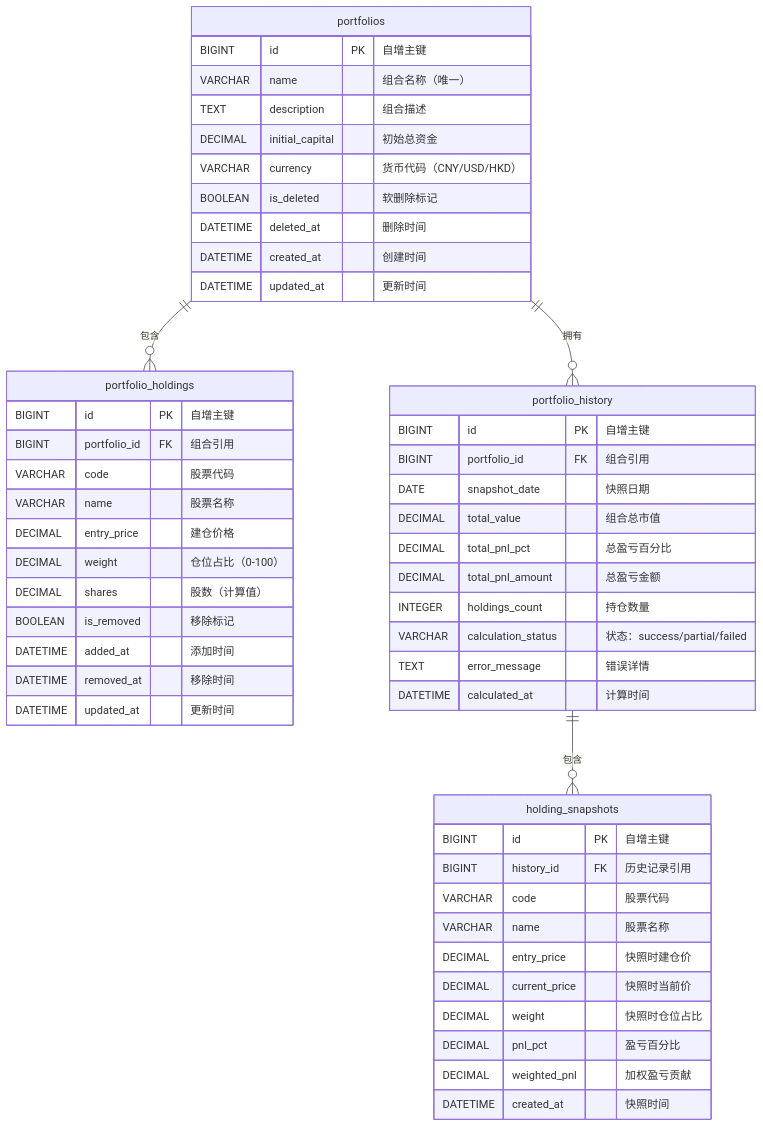
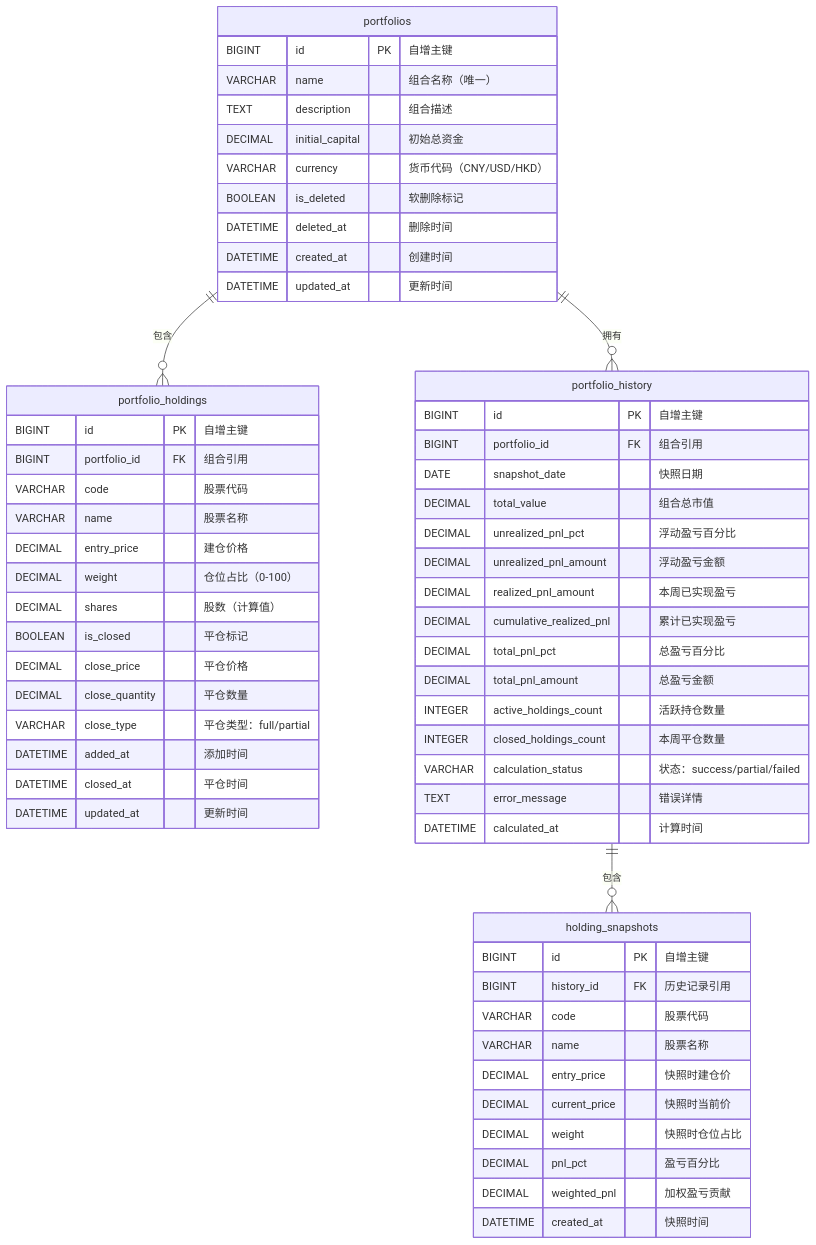
One commit to awayings/daily_stock_analysis changed the diagram in docs/portfolio/portfolio_requirements.md. Above: the diagram before and after it, drawn with Mermaid. The commit also changed other lines of this file and 2 other files, not shown here.

````diff
--- a/docs/portfolio/portfolio_requirements.md
+++ b/docs/portfolio/portfolio_requirements.md
@@ -277,58 +295,66 @@
 ```mermaid
 erDiagram
     portfolios ||--o{ portfolio_holdings : "包含"
     portfolios ||--o{ portfolio_history : "拥有"
     portfolio_history ||--o{ holding_snapshots : "包含"
     
     portfolios {
         BIGINT id PK "自增主键"
         VARCHAR name "组合名称（唯一）"
         TEXT description "组合描述"
         DECIMAL initial_capital "初始总资金"
         VARCHAR currency "货币代码（CNY/USD/HKD）"
         BOOLEAN is_deleted "软删除标记"
         DATETIME deleted_at "删除时间"
         DATETIME created_at "创建时间"
         DATETIME updated_at "更新时间"
     }
     
     portfolio_holdings {
         BIGINT id PK "自增主键"
         BIGINT portfolio_id FK "组合引用"
         VARCHAR code "股票代码"
         VARCHAR name "股票名称"
         DECIMAL entry_price "建仓价格"
         DECIMAL weight "仓位占比（0-100）"
         DECIMAL shares "股数（计算值）"
-        BOOLEAN is_removed "移除标记"
+        BOOLEAN is_closed "平仓标记"
+        DECIMAL close_price "平仓价格"
+        DECIMAL close_quantity "平仓数量"
+        VARCHAR close_type "平仓类型：full/partial"
         DATETIME added_at "添加时间"
-        DATETIME removed_at "移除时间"
+        DATETIME closed_at "平仓时间"
         DATETIME updated_at "更新时间"
     }
     
     portfolio_history {
         BIGINT id PK "自增主键"
         BIGINT portfolio_id FK "组合引用"
         DATE snapshot_date "快照日期"
         DECIMAL total_value "组合总市值"
+        DECIMAL unrealized_pnl_pct "浮动盈亏百分比"
+        DECIMAL unrealized_pnl_amount "浮动盈亏金额"
+        DECIMAL realized_pnl_amount "本周已实现盈亏"
+        DECIMAL cumulative_realized_pnl "累计已实现盈亏"
         DECIMAL total_pnl_pct "总盈亏百分比"
         DECIMAL total_pnl_amount "总盈亏金额"
-        INTEGER holdings_count "持仓数量"
+        INTEGER active_holdings_count "活跃持仓数量"
+        INTEGER closed_holdings_count "本周平仓数量"
         VARCHAR calculation_status "状态：success/partial/failed"
         TEXT error_message "错误详情"
         DATETIME calculated_at "计算时间"
     }
     
     holding_snapshots {
         BIGINT id PK "自增主键"
         BIGINT history_id FK "历史记录引用"
         VARCHAR code "股票代码"
         VARCHAR name "股票名称"
         DECIMAL entry_price "快照时建仓价"
         DECIMAL current_price "快照时当前价"
         DECIMAL weight "快照时仓位占比"
         DECIMAL pnl_pct "盈亏百分比"
         DECIMAL weighted_pnl "加权盈亏贡献"
         DATETIME created_at "快照时间"
     }
 ```
````
